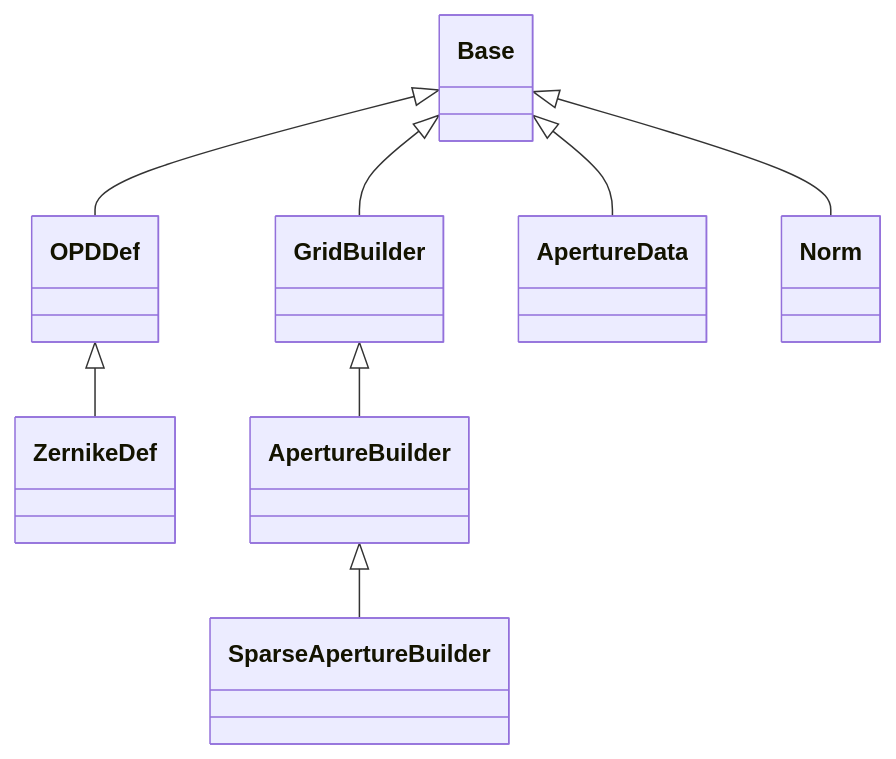
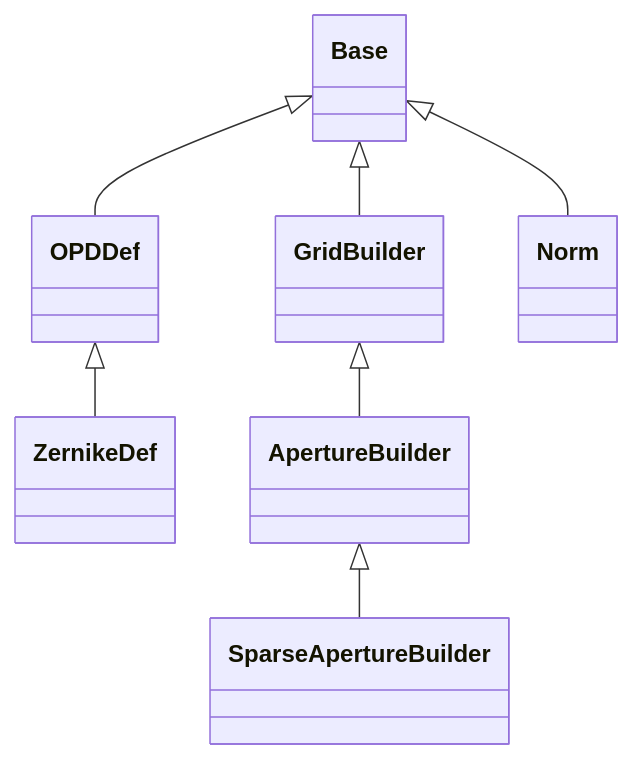
One commit to LouisDesdoigts/dLux changed the diagram in docs/API/core/builders.md. Above: the diagram before and after it, drawn with Mermaid. The commit also changed other lines of this file and 16 other files, not shown here.

````diff
--- a/docs/API/core/builders.md
+++ b/docs/API/core/builders.md
@@ -7,25 +7,22 @@
 ```mermaid
 classDiagram
     class dLux_builders_GridBuilder["GridBuilder"]
     class dLux_builders_OPDDef["OPDDef"]
-    class dLux_builders_ApertureData["ApertureData"]
     class dLux_builders_Norm["Norm"]
     class dLux_builders_ZernikeDef["ZernikeDef"]
     class dLux_builders_ApertureBuilder["ApertureBuilder"]
     class dLux_builders_SparseApertureBuilder["SparseApertureBuilder"]
     class dLux_base_Base["Base"]
     dLux_base_Base <|-- dLux_builders_GridBuilder
     click dLux_builders_GridBuilder href "#dLux.builders.GridBuilder" "Methods: validate(), build()"
     dLux_base_Base <|-- dLux_builders_OPDDef
     click dLux_builders_OPDDef href "#dLux.builders.OPDDef" "Methods: calculate()"
-    dLux_base_Base <|-- dLux_builders_ApertureData
-    click dLux_builders_ApertureData href "#dLux.builders.ApertureData" "Attributes: transmission, support, diameter, centers"
     dLux_base_Base <|-- dLux_builders_Norm
     click dLux_builders_Norm href "#dLux.builders.Norm" "Attributes: mode, scale"
     dLux_builders_OPDDef <|-- dLux_builders_ZernikeDef
     click dLux_builders_ZernikeDef href "#dLux.builders.ZernikeDef" "Attributes: nolls, groups, order, oversize, norm, method · Methods: calculate()"
     dLux_builders_GridBuilder <|-- dLux_builders_ApertureBuilder
     click dLux_builders_ApertureBuilder href "#dLux.builders.ApertureBuilder" "Attributes: primary, obscurations, opd, oversample · Methods: build(), aperture_data()"
     dLux_builders_ApertureBuilder <|-- dLux_builders_SparseApertureBuilder
     click dLux_builders_SparseApertureBuilder href "#dLux.builders.SparseApertureBuilder" "Attributes: centers, global_obscurations · Methods: aperture_data()"
 ```
````
